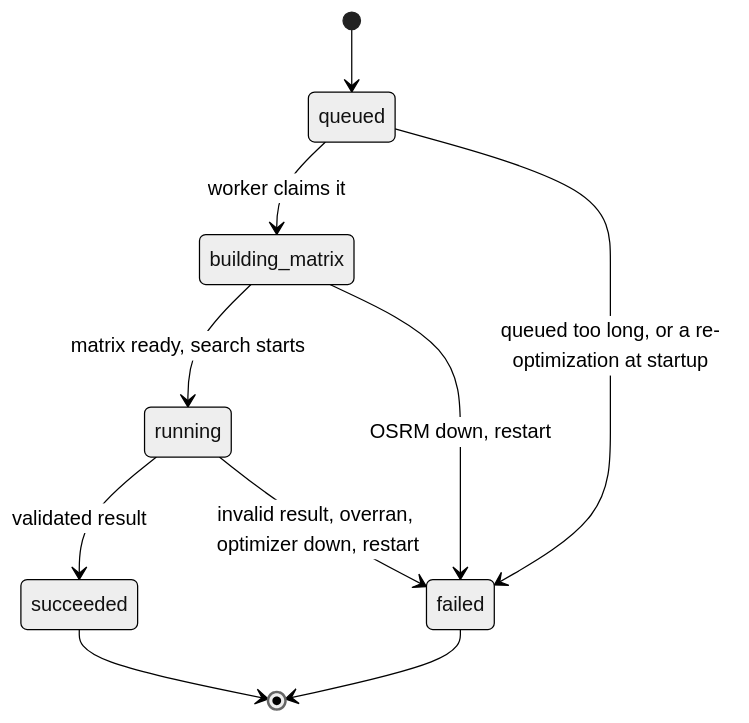
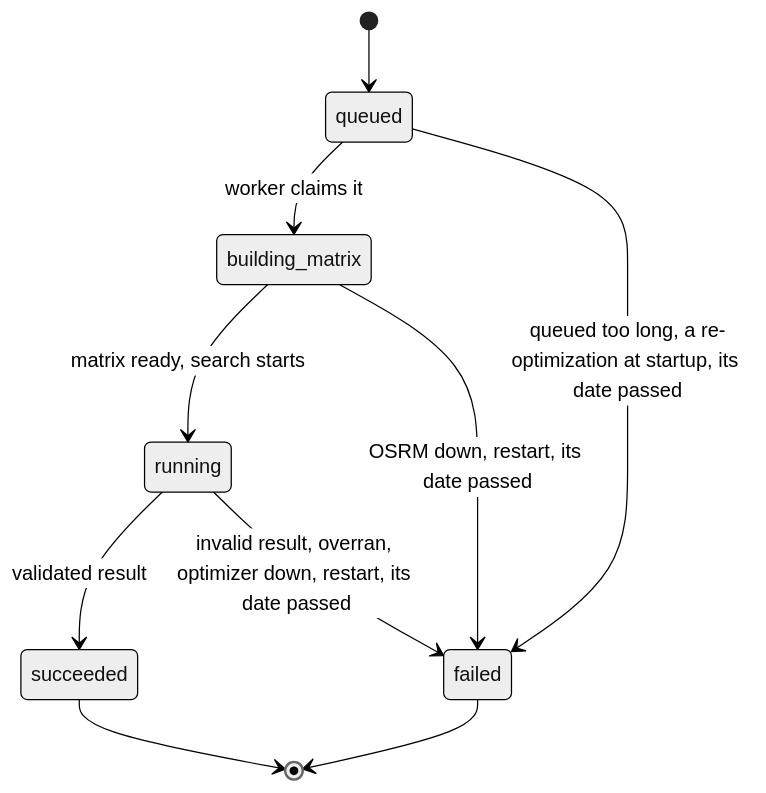
Before and after one commit to NaimElijah/DispatchFlow: the fifth of 10 diagrams in docs/architecture/domain_layer/domain_layer_design.md, drawn with Mermaid (neutral theme). The commit also changed other lines of this file, not shown here.

````diff
--- a/docs/architecture/domain_layer/domain_layer_design.md
+++ b/docs/architecture/domain_layer/domain_layer_design.md
@@ -915,12 +938,12 @@
 ```mermaid
 stateDiagram-v2
   [*] --> queued
   queued --> building_matrix : worker claims it
   building_matrix --> running : matrix ready, search starts
   running --> succeeded : validated result
-  running --> failed : invalid result, overran, optimizer down, restart
-  building_matrix --> failed : OSRM down, restart
-  queued --> failed : queued too long, or a re-optimization at startup
+  running --> failed : invalid result, overran, optimizer down, restart, its date passed
+  building_matrix --> failed : OSRM down, restart, its date passed
+  queued --> failed : queued too long, a re-optimization at startup, its date passed
   succeeded --> [*]
   failed --> [*]
 ```
````
